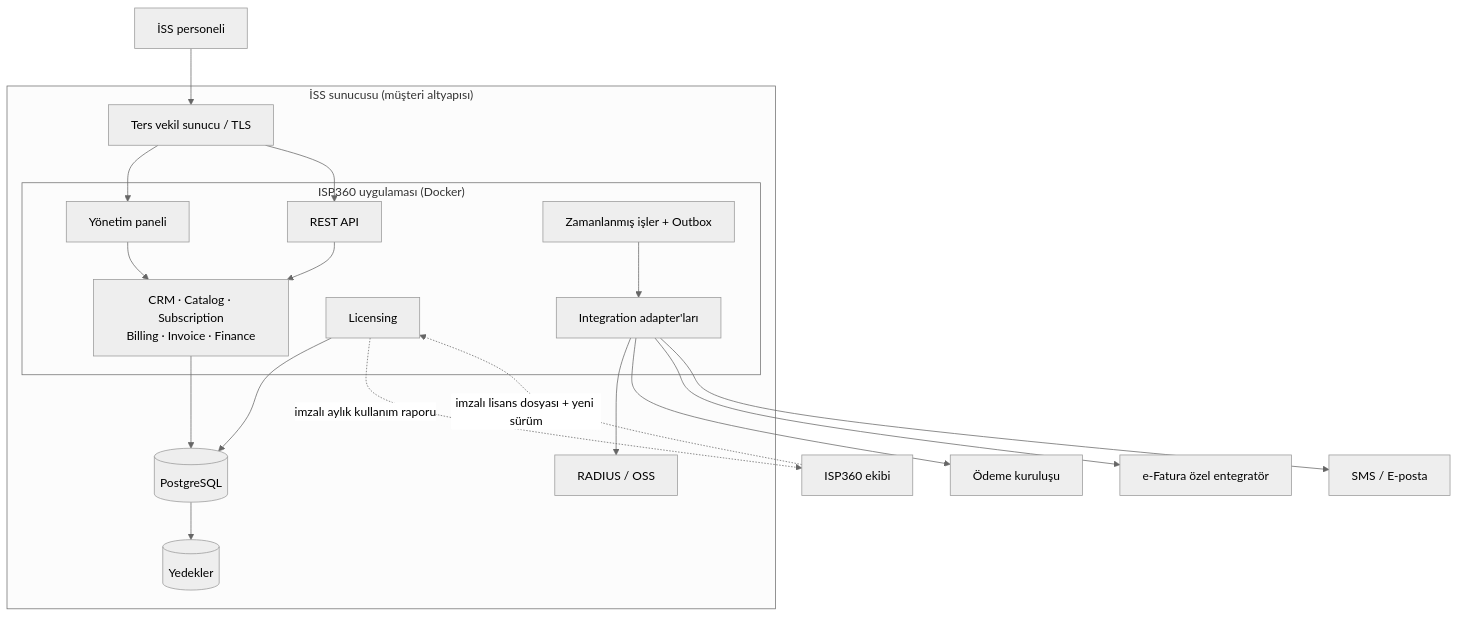
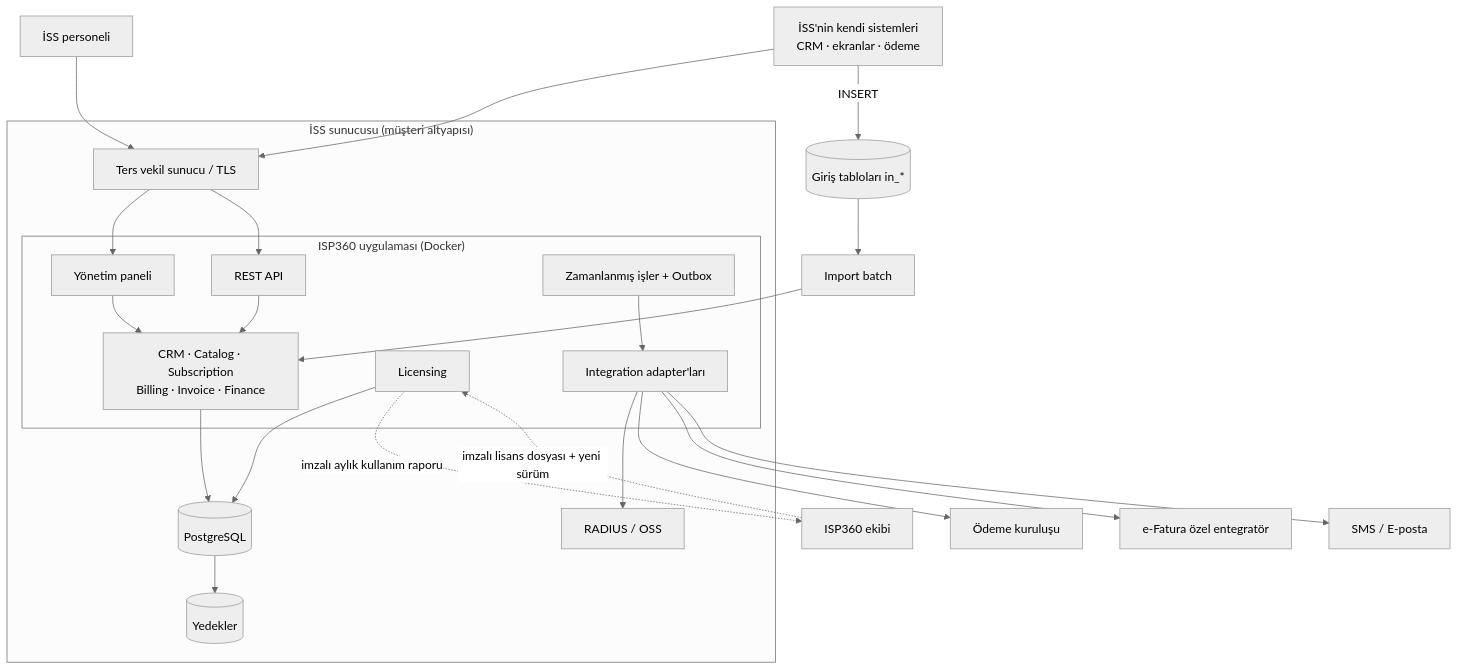
The first of 2 diagrams in docs/TEKNIK_MIMARI.md (emrecoltu4734/Billing), drawn with Mermaid (neutral theme) before and after one commit. The commit also changed other lines of this file and 54 other files, not shown here.

First line of the commit message:
Entegrasyon sözleşmesi: giriş tabloları, import batch, /api/v1

````diff
--- a/docs/TEKNIK_MIMARI.md
+++ b/docs/TEKNIK_MIMARI.md
@@ -163,31 +194,34 @@
 ```mermaid
 flowchart TB
     subgraph ISS["İSS sunucusu (müşteri altyapısı)"]
         PROXY[Ters vekil sunucu / TLS]
         subgraph APP["ISP360 uygulaması (Docker)"]
             PANEL[Yönetim paneli]
             API[REST API]
             CORE[CRM · Catalog · Subscription<br/>Billing · Invoice · Finance]
             LIC[Licensing]
             JOBS[Zamanlanmış işler + Outbox]
             INT[Integration adapter'ları]
         end
         DB[(PostgreSQL)]
         BACKUP[(Yedekler)]
         RAD[RADIUS / OSS]
     end
     USER[İSS personeli] --> PROXY --> PANEL
-    PROXY --> API
+    CRMSYS[İSS'nin kendi sistemleri<br/>CRM · ekranlar · ödeme] --> PROXY --> API
+    CRMSYS -->|INSERT| INTAB[(Giriş tabloları in_*)]
+    INTAB --> IMPORT[Import batch]
+    IMPORT --> CORE
     PANEL --> CORE
     API --> CORE
     CORE --> DB
     LIC --> DB
     JOBS --> INT
     INT --> RAD
     INT --> PAY[Ödeme kuruluşu]
     INT --> EDOC[e-Fatura özel entegratör]
     INT --> SMS[SMS / E-posta]
     DB --> BACKUP
     LIC -. imzalı aylık kullanım raporu .-> VENDOR[ISP360 ekibi]
     VENDOR -. imzalı lisans dosyası + yeni sürüm .-> LIC
 ```
````
